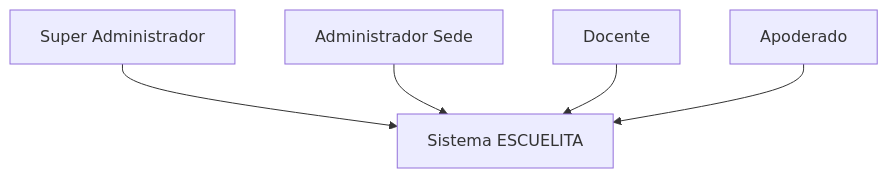
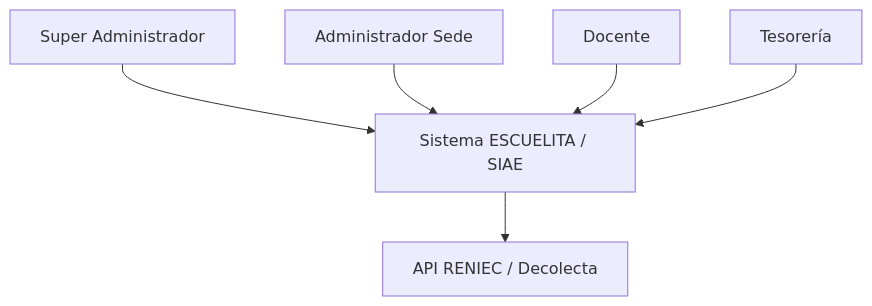
Before and after one commit to Xoryex/Proyecto_Escuela: the eighth of 17 diagrams in Mis_documentos/Informe_ING_Software.md, drawn with Mermaid. The commit also changed other lines of this file and 9 other files, not shown here.

````diff
--- a/Mis_documentos/Informe_ING_Software.md
+++ b/Mis_documentos/Informe_ING_Software.md
@@ -1080,14 +1070,16 @@
 ```mermaid
 graph TB
     SA[Super Administrador]
     AS[Administrador Sede]
     D[Docente]
-    AP[Apoderado]
+    T[Tesorería]
+    RENIEC[API RENIEC / Decolecta]
 
-    sys[Sistema ESCUELITA]
+    sys[Sistema ESCUELITA / SIAE]
 
     SA --> sys
     AS --> sys
     D --> sys
-    AP --> sys
+    T --> sys
+    sys --> RENIEC
 ```
````
